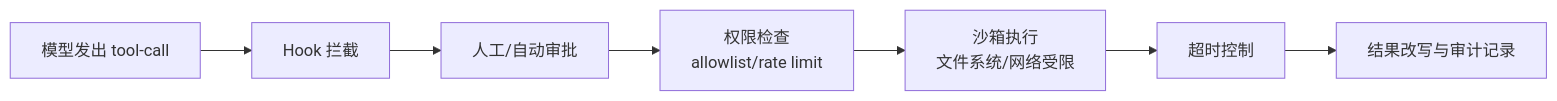
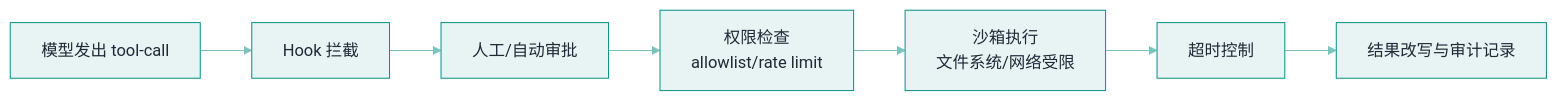
One commit to funny8kids/ai-agent-handbook changed the diagram in docs/05-tool-protocol/tool-permission-sandbox.md. Above: the diagram before and after it, drawn with Mermaid. The commit also changed 144 other files, not shown here.

First line of the commit message:
Theme all 154 Mermaid diagrams with per-chapter colors via %%{init}%% directives

````diff
--- a/docs/05-tool-protocol/tool-permission-sandbox.md
+++ b/docs/05-tool-protocol/tool-permission-sandbox.md
@@ -25,9 +25,10 @@
 ```mermaid
+%%{init: {"theme":"base","themeVariables":{"primaryColor":"#E7F4F3","primaryBorderColor":"#0D9488","primaryTextColor":"#1F2937","secondaryColor":"#CAE7E5","tertiaryColor":"#F5FBFA","lineColor":"#7AC4BE","actorBkg":"#ECF6F5","actorBorder":"#0D9488","actorTextColor":"#1F2937","signalColor":"#56B4AC","noteBkgColor":"#D3ECEA","noteBorderColor":"#0D9488","noteTextColor":"#1F2937","labelBoxBkgColor":"#E7F4F3","labelBoxBorderColor":"#0D9488"}}}%%
 flowchart LR
   A[模型发出 tool-call] --> B[Hook 拦截]
   B --> C[人工/自动审批]
   C --> D[权限检查<br/>allowlist/rate limit]
   D --> E[沙箱执行<br/>文件系统/网络受限]
   E --> F[超时控制]
   F --> G[结果改写与审计记录]
 ```
````
